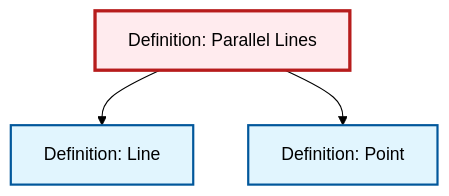
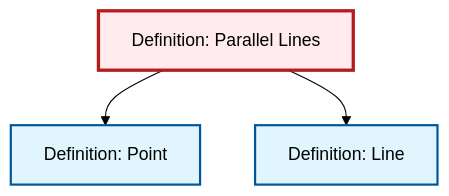
Before and after one commit to RK0429/ModernMath: the diagram in content/ja/geometry/def-parallel.qmd, drawn with Mermaid (forest theme). The commit also changed other lines of this file and 634 other files, not shown here.

````diff
--- a/content/ja/geometry/def-parallel.qmd
+++ b/content/ja/geometry/def-parallel.qmd
@@ -88,17 +88,17 @@
 ```{mermaid}
 %%| fig-cap: "Local dependency graph"
 graph TD
     classDef definition fill:#e1f5fe,stroke:#01579b,stroke-width:2px
     classDef theorem fill:#f3e5f5,stroke:#4a148c,stroke-width:2px
     classDef axiom fill:#fff3e0,stroke:#e65100,stroke-width:2px
     classDef example fill:#e8f5e9,stroke:#1b5e20,stroke-width:2px
     classDef current fill:#ffebee,stroke:#b71c1c,stroke-width:3px
-    def-parallel["Definition: Parallel Lines"]:::definition
     def-line["Definition: Line"]:::definition
     def-point["Definition: Point"]:::definition
+    def-parallel["Definition: Parallel Lines"]:::definition
+    def-parallel --> def-point
     def-parallel --> def-line
-    def-parallel --> def-point
     class def-parallel current
     click def-line "def-line.html" "Definition: Lineへ"
     click def-point "def-point.html" "Definition: Pointへ"
 ```
````
